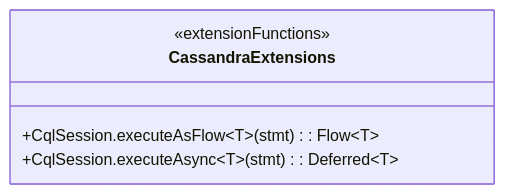
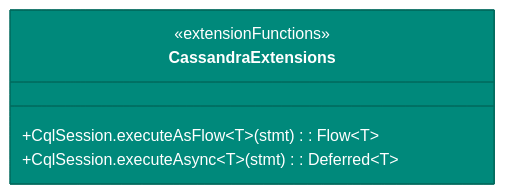
One commit to bluetape4k/bluetape4k-projects changed the first of 3 diagrams in data/cassandra/README.ko.md. Above: the diagram before and after it, drawn with Mermaid. The commit also changed other lines of this file and 221 other files, not shown here.

First line of the commit message:
docs: 전체 모듈 README UML 다이어그램 보강 및 색상 업그레이드

````diff
--- a/data/cassandra/README.ko.md
+++ b/data/cassandra/README.ko.md
@@ -367,10 +367,11 @@
 ```mermaid
 classDiagram
     direction LR
     class CassandraExtensions {
         <<extensionFunctions>>
         +CqlSession.executeAsFlow~T~(stmt): Flow~T~
         +CqlSession.executeAsync~T~(stmt): Deferred~T~
     }
 
+    style CassandraExtensions fill:#00897B,stroke:#00695C,color:#FFFFFF
 ```
````
